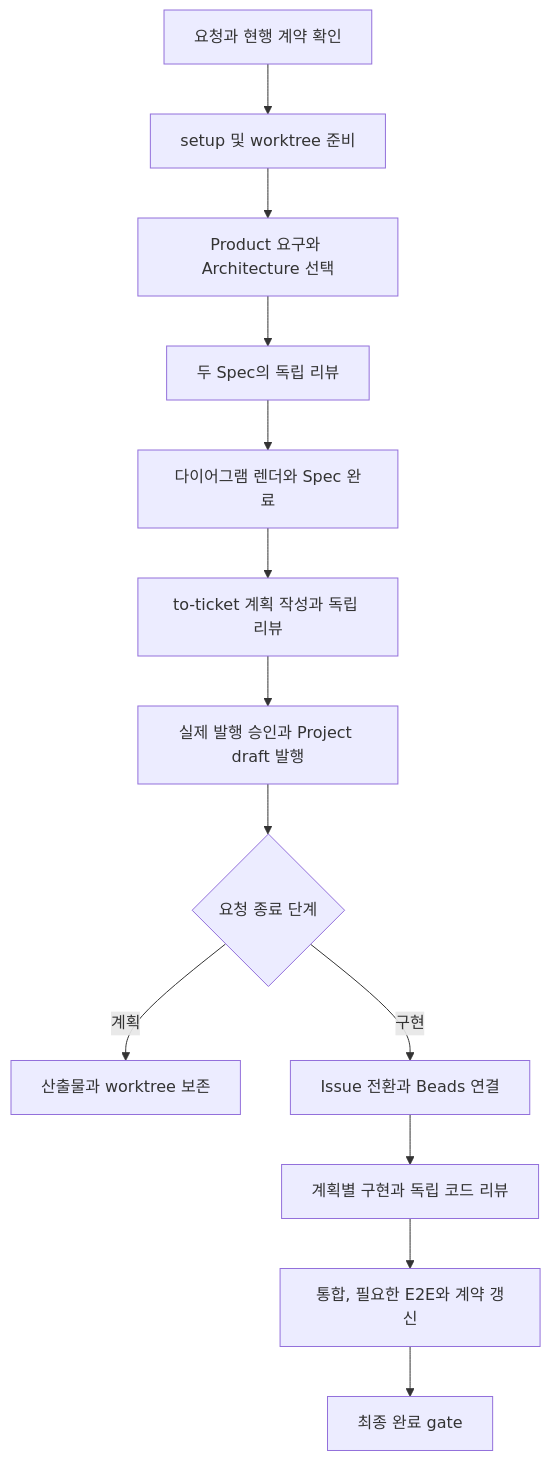
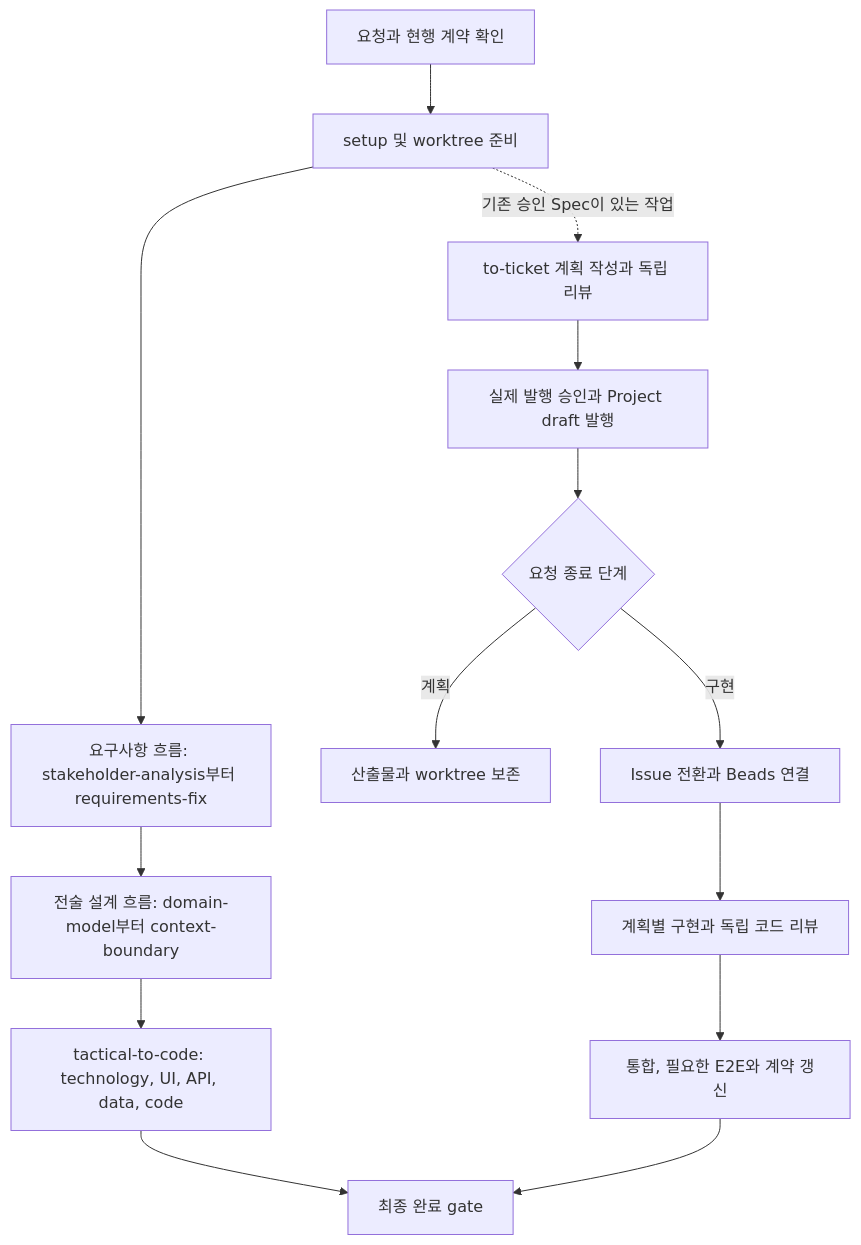
The diagram in docs/architecture/workflow-lifecycle.md (omegafrog/harness-codex), drawn with Mermaid before and after one commit. The commit also changed other lines of this file and 98 other files, not shown here.

````diff
--- a/docs/architecture/workflow-lifecycle.md
+++ b/docs/architecture/workflow-lifecycle.md
@@ -5,15 +5,16 @@
 ```mermaid
 flowchart TD
   A[요청과 현행 계약 확인] --> B[setup 및 worktree 준비]
-  B --> C[Product 요구와 Architecture 선택]
-  C --> D[두 Spec의 독립 리뷰]
-  D --> E[다이어그램 렌더와 Spec 완료]
-  E --> F[to-ticket 계획 작성과 독립 리뷰]
+  B --> C[요구사항 흐름: stakeholder-analysis부터 requirements-fix]
+  C --> D[전술 설계 흐름: domain-model부터 context-boundary]
+  D --> E[tactical-to-code: technology, UI, API, data, code]
+  E --> M[최종 완료 gate]
+  B -. 기존 승인 Spec이 있는 작업 .-> F[to-ticket 계획 작성과 독립 리뷰]
   F --> G[실제 발행 승인과 Project draft 발행]
   G --> H{요청 종료 단계}
   H -->|계획| I[산출물과 worktree 보존]
   H -->|구현| J[Issue 전환과 Beads 연결]
   J --> K[계획별 구현과 독립 코드 리뷰]
   K --> L[통합, 필요한 E2E와 계약 갱신]
-  L --> M[최종 완료 gate]
+  L --> M
 ```
````
